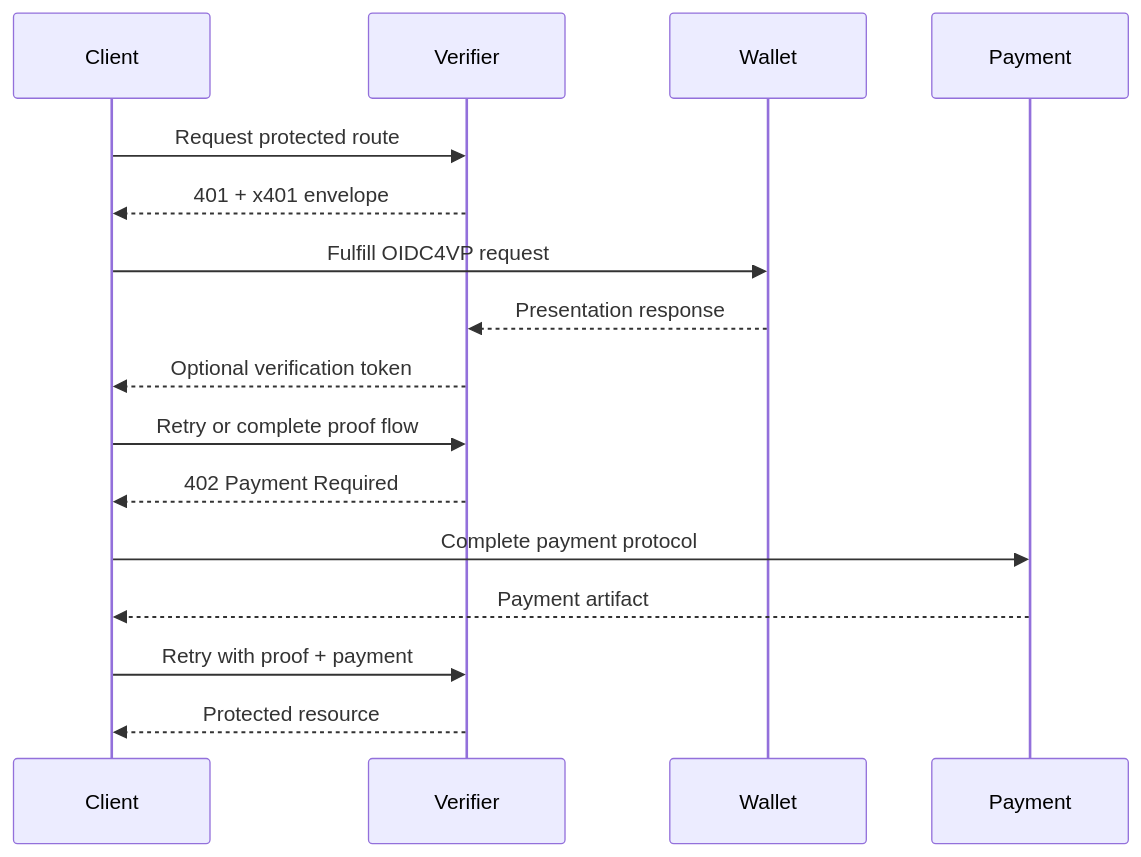
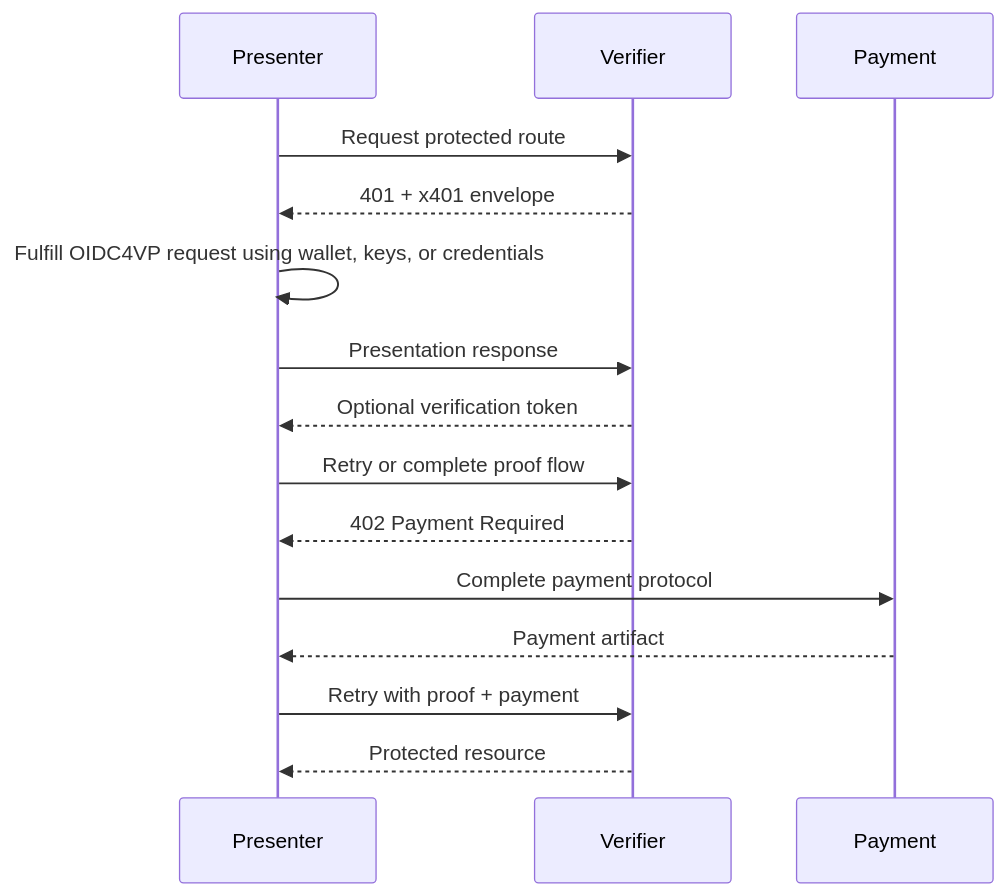
One commit to csuwildcat/P401 changed the second of 2 diagrams in spec.md. Above: the diagram before and after it, drawn with Mermaid. The commit also changed other lines of this file and 2 other files, not shown here.

````diff
--- a/spec.md
+++ b/spec.md
@@ -180,18 +188,17 @@
 ```mermaid
 sequenceDiagram
-    participant Client
+    participant Presenter
     participant Verifier
-    participant Wallet
     participant Payment
-    Client->>Verifier: Request protected route
-    Verifier-->>Client: 401 + x401 envelope
-    Client->>Wallet: Fulfill OIDC4VP request
-    Wallet-->>Verifier: Presentation response
-    Verifier-->>Client: Optional verification token
-    Client->>Verifier: Retry or complete proof flow
-    Verifier-->>Client: 402 Payment Required
-    Client->>Payment: Complete payment protocol
-    Payment-->>Client: Payment artifact
-    Client->>Verifier: Retry with proof + payment
-    Verifier-->>Client: Protected resource
+    Presenter->>Verifier: Request protected route
+    Verifier-->>Presenter: 401 + x401 envelope
+    Presenter->>Presenter: Fulfill OIDC4VP request using wallet, keys, or credentials
+    Presenter->>Verifier: Presentation response
+    Verifier-->>Presenter: Optional verification token
+    Presenter->>Verifier: Retry or complete proof flow
+    Verifier-->>Presenter: 402 Payment Required
+    Presenter->>Payment: Complete payment protocol
+    Payment-->>Presenter: Payment artifact
+    Presenter->>Verifier: Retry with proof + payment
+    Verifier-->>Presenter: Protected resource
 ```
````
